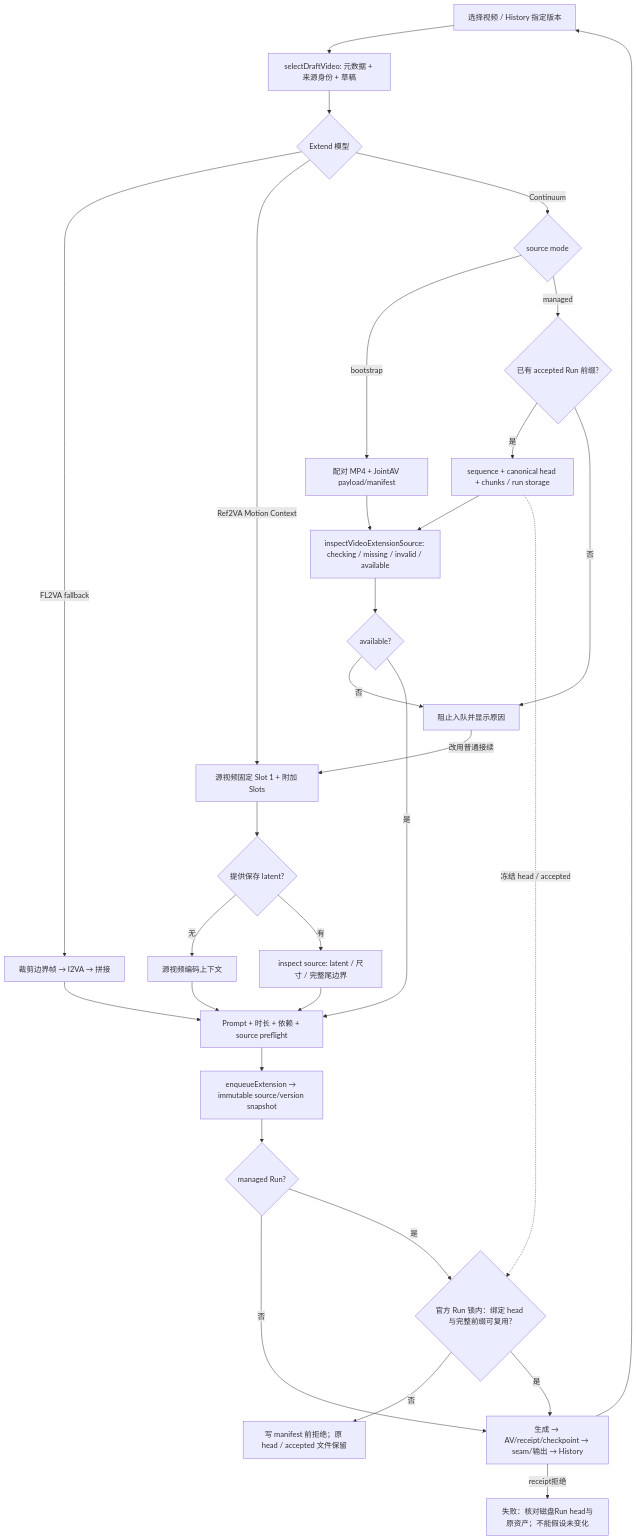
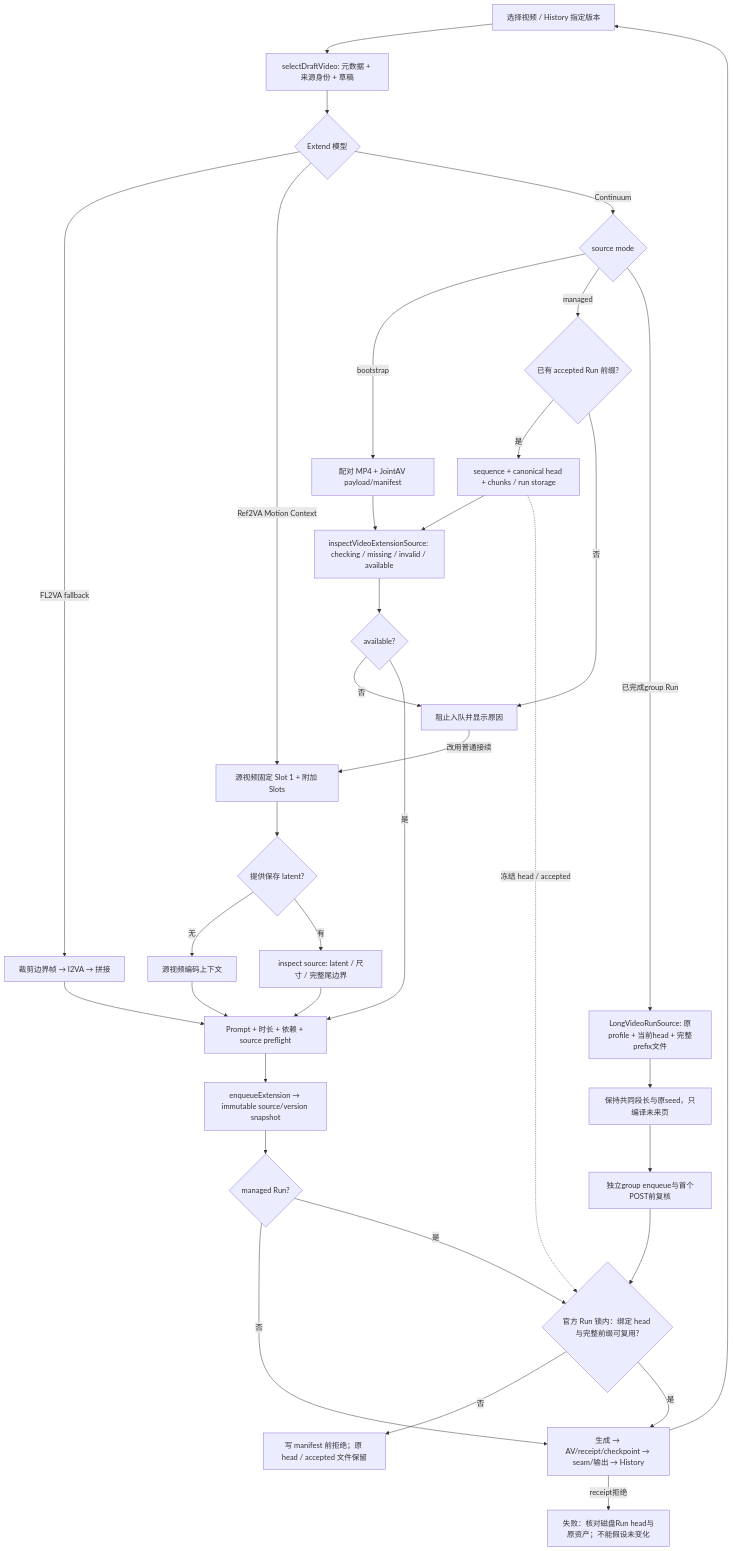
The fourth of 7 diagrams in docs/runbooks/PRODUCT_JOURNEYS.md (wxy112300/AIVideoGenTool), drawn with Mermaid before and after one commit. The commit also changed other lines of this file and 233 other files, not shown here.

Commit message:
chore: release 0.67.1 with history, scan, long-video and library updates

````diff
--- a/docs/runbooks/PRODUCT_JOURNEYS.md
+++ b/docs/runbooks/PRODUCT_JOURNEYS.md
@@ -139,30 +139,34 @@
 ```mermaid
 flowchart TD
   SRC[选择视频 / History 指定版本] --> D[selectDraftVideo: 元数据 + 来源身份 + 草稿]
   D --> MODEL{Extend 模型}
   MODEL -->|FL2VA fallback| B[裁剪边界帧 → I2VA → 拼接]
   MODEL -->|Ref2VA Motion Context| M[源视频固定 Slot 1 + 附加 Slots]
   M --> LAT{提供保存 latent?}
   LAT -->|无| VIDEO[源视频编码上下文]
   LAT -->|有| CHECK[inspect source: latent / 尺寸 / 完整尾边界]
   MODEL -->|Continuum| C{source mode}
   C -->|bootstrap| AV[配对 MP4 + JointAV payload/manifest]
   C -->|managed| PREFIX{已有 accepted Run 前缀?}
+  C -->|已完成group Run| GROUP[LongVideoRunSource: 原profile + 当前head + 完整prefix文件]
+  GROUP --> FUTURE[保持共同段长与原seed，只编译未来页]
+  FUTURE --> GROUPQ[独立group enqueue与首个POST前复核]
+  GROUPQ --> GUARD
   PREFIX -->|是| SEQ[sequence + canonical head + chunks / run storage]
   PREFIX -->|否| BLOCK[阻止入队并显示原因]
   AV & SEQ --> INSPECT[inspectVideoExtensionSource: checking / missing / invalid / available]
   INSPECT --> READY{available?}
   READY -->|否| BLOCK
   READY -->|是| GATE[Prompt + 时长 + 依赖 + source preflight]
   BLOCK -->|改用普通接续| M
   VIDEO & CHECK & B --> GATE
   GATE --> Q[enqueueExtension → immutable source/version snapshot]
   Q --> RUNMODE{managed Run?}
   RUNMODE -->|否| EXEC[生成 → AV/receipt/checkpoint → seam/输出 → History]
   RUNMODE -->|是| GUARD
   EXEC --> SRC
   SEQ -.冻结 head / accepted.-> GUARD{官方 Run 锁内：绑定 head 与完整前缀可复用?}
   GUARD -->|否| SAFEFAIL[写 manifest 前拒绝；原 head / accepted 文件保留]
   GUARD -->|是| EXEC
   EXEC -->|receipt拒绝| FAIL[失败：核对磁盘Run head与原资产；不能假设未变化]
 ```
````
